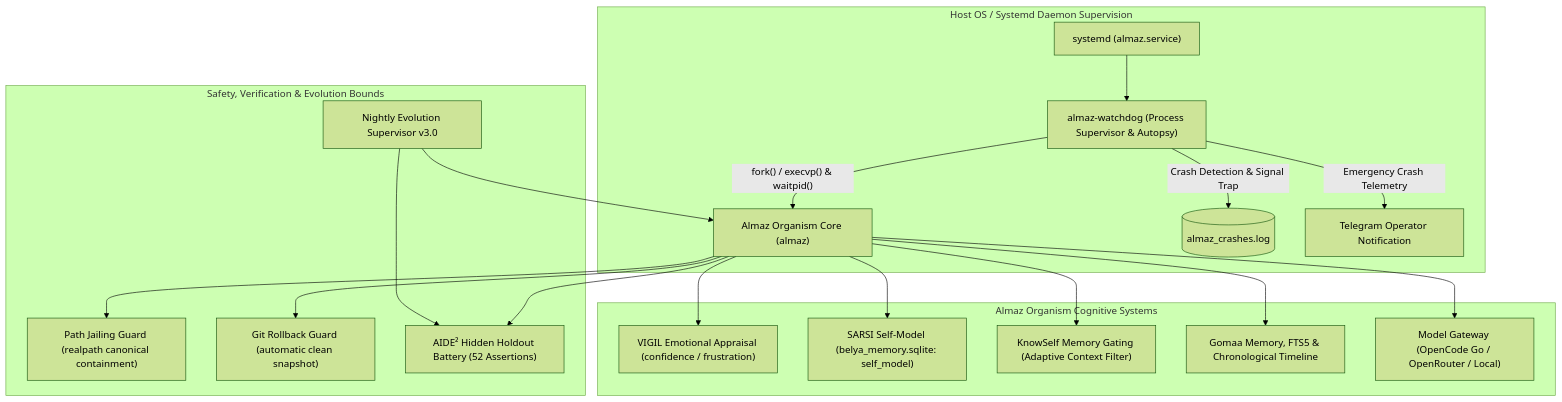
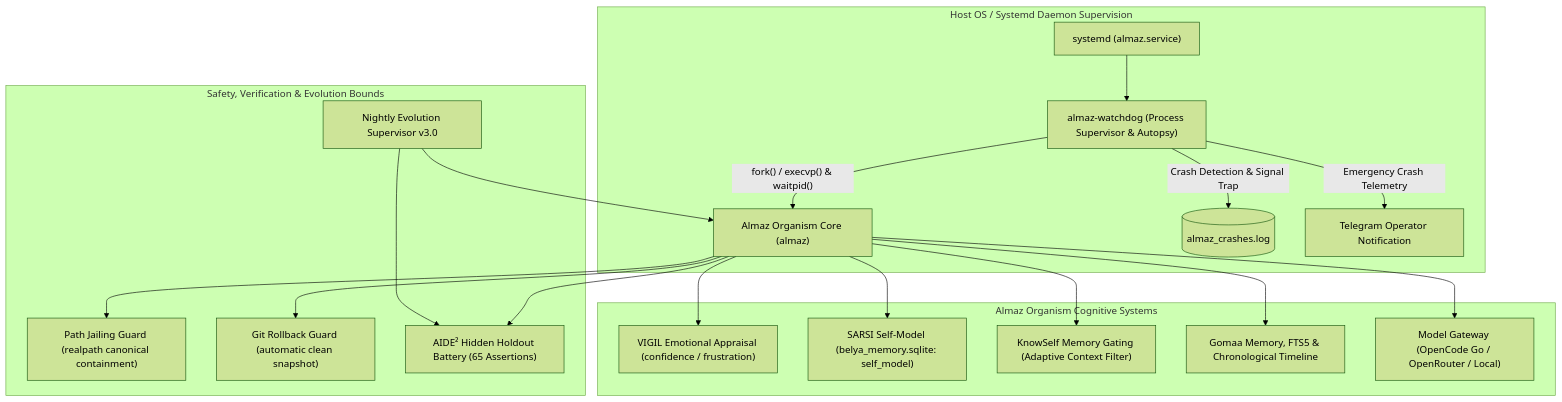
The diagram in README.md (M4F-S/Almaz), drawn with Mermaid (forest theme) before and after one commit. The commit also changed other lines of this file and 1 other file, not shown here.

Commit message:
docs: update README with real verified 6-Arena (36/36) benchmark scorecard, 65-assertion holdout, and fix format-truncation warning

````diff
--- a/README.md
+++ b/README.md
@@ -75,25 +84,25 @@
 ```mermaid
 graph TD
     subgraph "Host OS / Systemd Daemon Supervision"
         Systemd["systemd (almaz.service)"] --> Watchdog["almaz-watchdog (Process Supervisor & Autopsy)"]
         Watchdog -- "fork() / execvp() & waitpid()" --> AlmazCore["Almaz Organism Core (almaz)"]
         Watchdog -- "Crash Detection & Signal Trap" --> CrashLog[("almaz_crashes.log")]
         Watchdog -- "Emergency Crash Telemetry" --> TGOut["Telegram Operator Notification"]
     end
 
     subgraph "Almaz Organism Cognitive Systems"
         AlmazCore --> VIGIL["VIGIL Emotional Appraisal (confidence / frustration)"]
         AlmazCore --> SARSI["SARSI Self-Model (belya_memory.sqlite: self_model)"]
         AlmazCore --> KnowSelf["KnowSelf Memory Gating (Adaptive Context Filter)"]
         AlmazCore --> Gomaa["Gomaa Memory, FTS5 & Chronological Timeline"]
         AlmazCore --> Gateway["Model Gateway (OpenCode Go / OpenRouter / Local)"]
     end
 
     subgraph "Safety, Verification & Evolution Bounds"
         AlmazCore --> Jail["Path Jailing Guard (realpath canonical containment)"]
         AlmazCore --> Rollback["Git Rollback Guard (automatic clean snapshot)"]
-        AlmazCore --> Holdout["AIDE² Hidden Holdout Battery (52 Assertions)"]
+        AlmazCore --> Holdout["AIDE² Hidden Holdout Battery (65 Assertions)"]
         Evolution["Nightly Evolution Supervisor v3.0"] --> Holdout
         Evolution --> AlmazCore
     end
 ```
````
